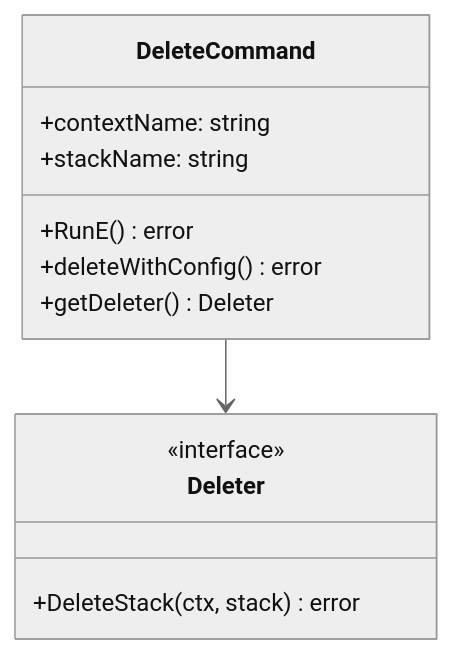
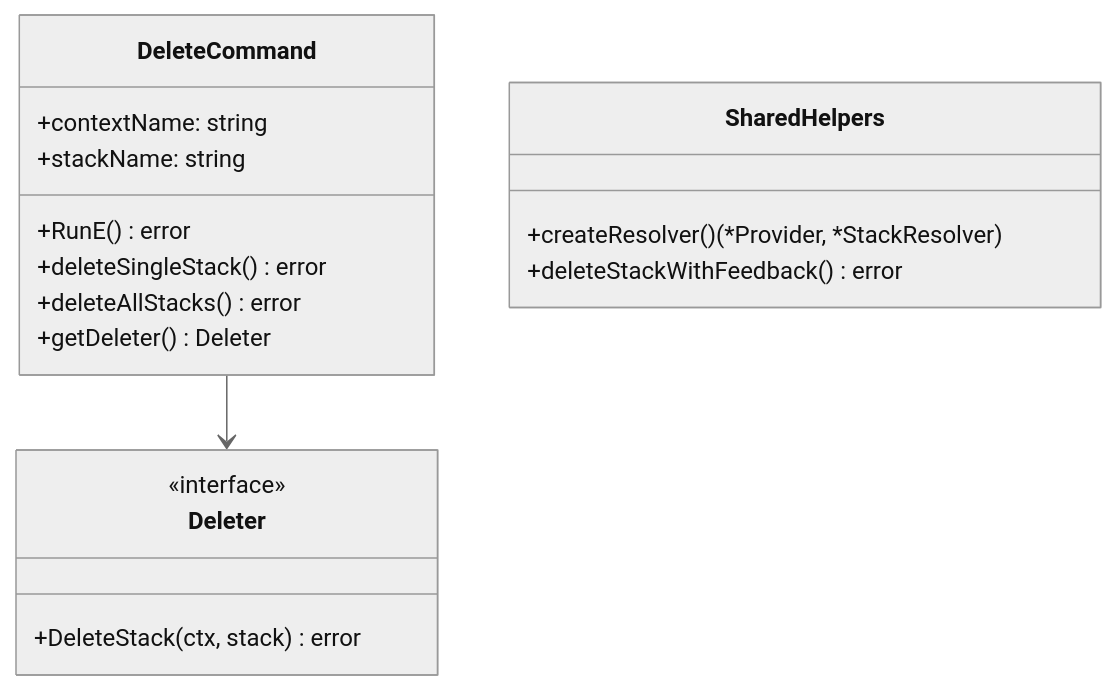
One commit to orien/stackaroo changed the second of 14 diagrams in docs/architecture/delete.md. Above: the diagram before and after it, drawn with Mermaid (neutral theme). The commit also changed other lines of this file and 1 other file, not shown here.

````diff
--- a/docs/architecture/delete.md
+++ b/docs/architecture/delete.md
@@ -60,17 +60,23 @@
 ```mermaid
 classDiagram
     class DeleteCommand {
         +contextName: string
         +stackName: string
         +RunE() error
-        +deleteWithConfig() error
+        +deleteSingleStack() error
+        +deleteAllStacks() error
         +getDeleter() Deleter
     }
-    
+
+    class SharedHelpers {
+        +createResolver() (*Provider, *StackResolver)
+        +deleteStackWithFeedback() error
+    }
+
     class Deleter {
         <<interface>>
         +DeleteStack(ctx, stack) error
     }
-    
+
     DeleteCommand --> Deleter
 ```
````
